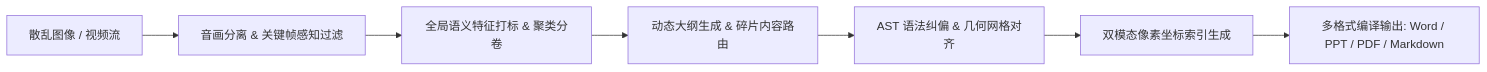
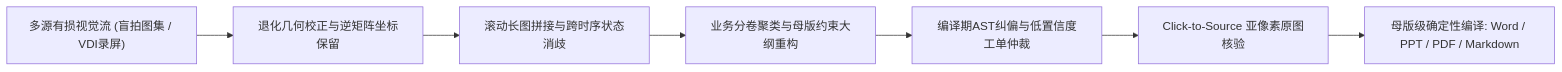
Before and after one commit to TK-zhang/tupian-zhuan-wendang: the diagram in README.md, drawn with Mermaid. The commit also changed other lines of this file and 19 other files, not shown here.

````diff
--- a/README.md
+++ b/README.md
@@ -59,9 +59,9 @@
 ```mermaid
 flowchart LR
-    A[散乱图像 / 视频流] --> B[音画分离 & 关键帧感知过滤]
-    B --> C[全局语义特征打标 & 聚类分卷]
-    C --> D[动态大纲生成 & 碎片内容路由]
-    D --> E[AST 语法纠偏 & 几何网格对齐]
-    E --> F[双模态像素坐标索引生成]
-    F --> G[多格式编译输出: Word / PPT / PDF / Markdown]
+    A["多源有损视觉流 (盲拍图集 / VDI录屏)"] --> B["退化几何校正与逆矩阵坐标保留"]
+    B --> C["滚动长图拼接与跨时序状态消歧"]
+    C --> D["业务分卷聚类与母版约束大纲重构"]
+    D --> E["编译期AST纠偏与低置信度工单仲裁"]
+    E --> F["Click-to-Source 亚像素原图核验"]
+    F --> G["母版级确定性编译: Word / PPT / PDF / Markdown"]
 ```
````
